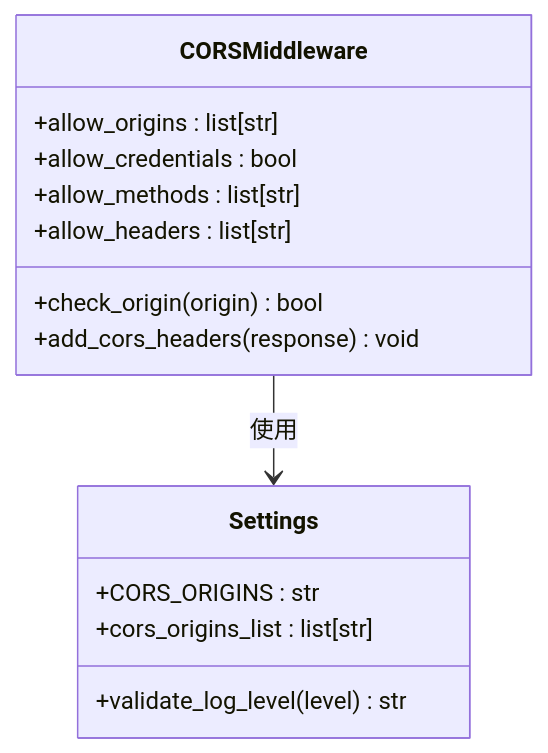
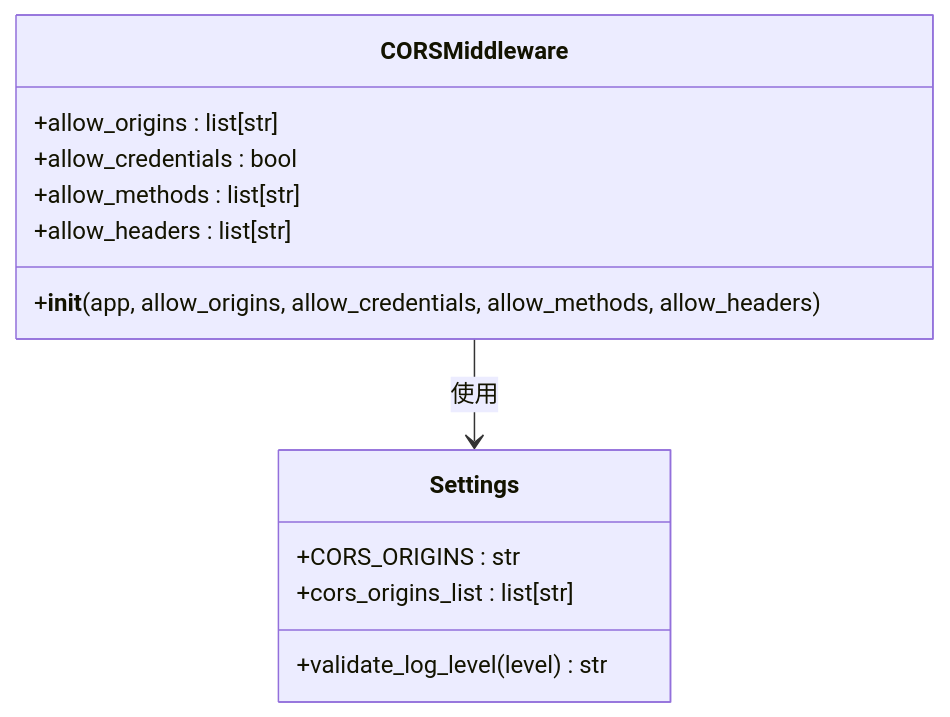
The fifth of 9 diagrams in .qoder/repowiki/zh/content/架构设计/中间件系统设计.md (taoweidong/Hello-FastApi), drawn with Mermaid before and after one commit. The commit also changed other lines of this file and 11 other files, not shown here.

````diff
--- a/.qoder/repowiki/zh/content/架构设计/中间件系统设计.md
+++ b/.qoder/repowiki/zh/content/架构设计/中间件系统设计.md
@@ -195,17 +207,16 @@
 ```mermaid
 classDiagram
 class CORSMiddleware {
 +allow_origins : list[str]
 +allow_credentials : bool
 +allow_methods : list[str]
 +allow_headers : list[str]
-+check_origin(origin) bool
-+add_cors_headers(response) void
++__init__(app, allow_origins, allow_credentials, allow_methods, allow_headers)
 }
 class Settings {
 +CORS_ORIGINS : str
 +cors_origins_list : list[str]
 +validate_log_level(level) str
 }
 CORSMiddleware --> Settings : 使用
 ```
````
